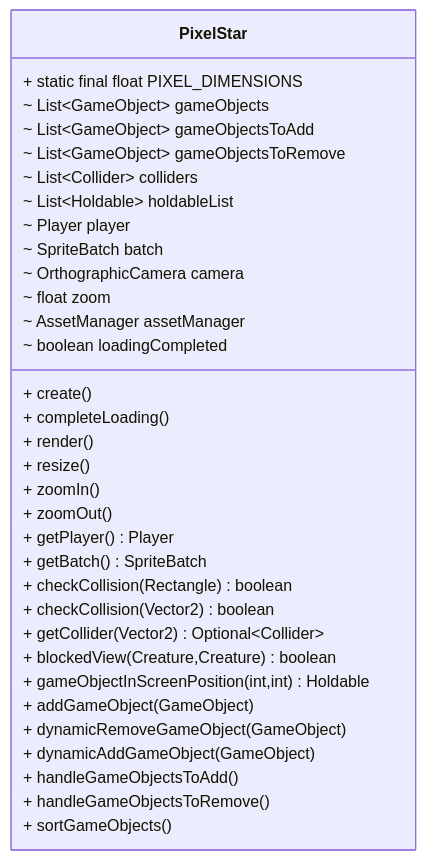
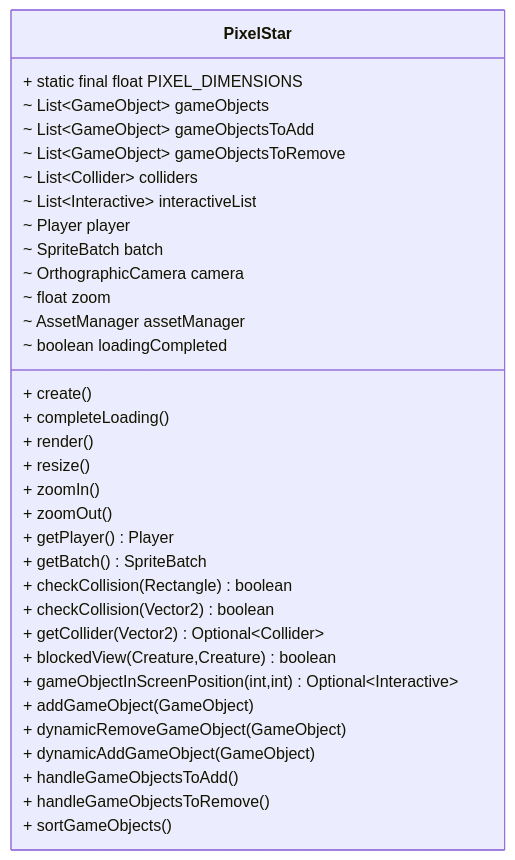
The diagram in core/src/com/pixelstar/README.md (StrangeClone/PixelStars), drawn with Mermaid before and after one commit. The commit also changed 18 other files, not shown here.

````diff
--- a/core/src/com/pixelstar/README.md
+++ b/core/src/com/pixelstar/README.md
@@ -5,36 +5,36 @@
 ```mermaid
 classDiagram
 class PixelStar{
     + static final float PIXEL_DIMENSIONS
     ~ List~GameObject~ gameObjects
     ~ List~GameObject~ gameObjectsToAdd
     ~ List~GameObject~ gameObjectsToRemove
     ~ List~Collider~ colliders
-    ~ List~Holdable~ holdableList
+    ~ List~Interactive~ interactiveList
     ~ Player player
     ~ SpriteBatch batch
     ~ OrthographicCamera camera
     ~ float zoom
     ~ AssetManager assetManager
     ~ boolean loadingCompleted
     + create()
     + completeLoading()
     + render()
     + resize()
     + zoomIn()
     + zoomOut()
     + getPlayer() Player
     + getBatch() SpriteBatch
     + checkCollision(Rectangle) boolean
     + checkCollision(Vector2) boolean
     + getCollider(Vector2) Optional~Collider~
     + blockedView(Creature,Creature) boolean
-    + gameObjectInScreenPosition(int,int) Holdable
+    + gameObjectInScreenPosition(int,int) Optional~Interactive~
     + addGameObject(GameObject)
     + dynamicRemoveGameObject(GameObject)
     + dynamicAddGameObject(GameObject)
     + handleGameObjectsToAdd()
     + handleGameObjectsToRemove()
     + sortGameObjects()
 }
 ```
````
